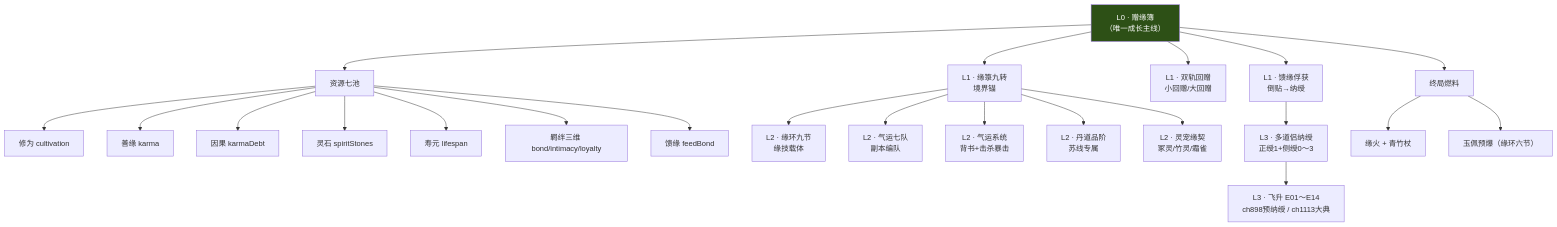
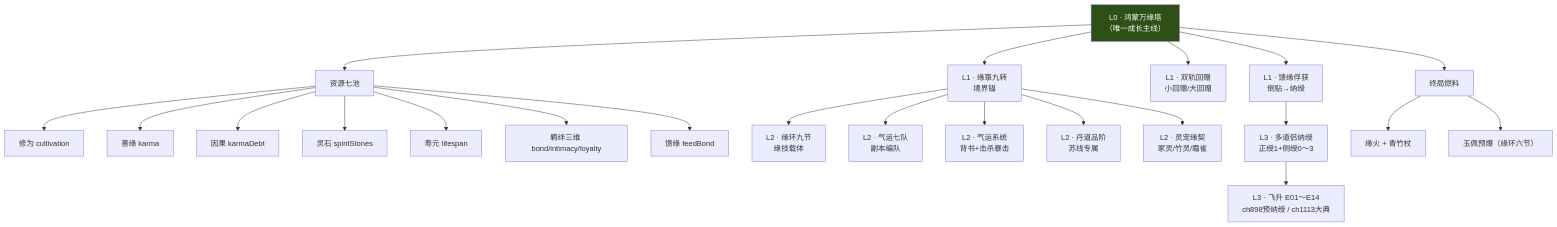
The ninth of 12 diagrams in docs/还礼仙翁传/00-整体层次结构图.md (holyjing88/NovelProject), drawn with Mermaid before and after one commit. The commit also changed other lines of this file and 420 other files, not shown here.

````diff
--- a/docs/还礼仙翁传/00-整体层次结构图.md
+++ b/docs/还礼仙翁传/00-整体层次结构图.md
@@ -406,32 +407,32 @@
 ```mermaid
 flowchart TB
-    CORE["L0 · 赠缘簿<br/>（唯一成长主线）"]
+    CORE["L0 · 鸿蒙万缘塔<br/>（唯一成长主线）"]
 
     CORE --> R7["资源七池"]
     R7 --> R1["修为 cultivation"]
     R7 --> R2["善缘 karma"]
     R7 --> R3["因果 karmaDebt"]
     R7 --> R4["灵石 spiritStones"]
     R7 --> R5["寿元 lifespan"]
     R7 --> R6["羁绊三维 bond/intimacy/loyalty"]
     R7 --> R7b["馈缘 feedBond"]
 
     CORE --> L1A["L1 · 缘箓九转<br/>境界锚"]
     CORE --> L1B["L1 · 双轨回赠<br/>小回赠/大回赠"]
     CORE --> L1C["L1 · 馈缘俘获<br/>倒贴→纳绶"]
 
     L1A --> L2A["L2 · 缘环九节<br/>缘技载体"]
     L1A --> L2B["L2 · 气运七队<br/>副本编队"]
     L1A --> L2L["L2 · 气运系统<br/>背书+击杀暴击"]
     L1A --> L2C["L2 · 丹道品阶<br/>苏线专属"]
     L1A --> L2D["L2 · 灵宠缘契<br/>冢灵/竹灵/霜雀"]
 
     L1C --> L3A["L3 · 多道侣纳绶<br/>正绶1+侧绶0～3"]
     L3A --> L3B["L3 · 飞升 E01～E14<br/>ch898预纳绶 / ch1113大典"]
 
     CORE --> END["终局燃料"]
     END --> E1["缘火 + 青竹杖"]
     END --> E2["玉佩预爆（缘环六节）"]
 
     style CORE fill:#2d5016,color:#fff
 ```
````
